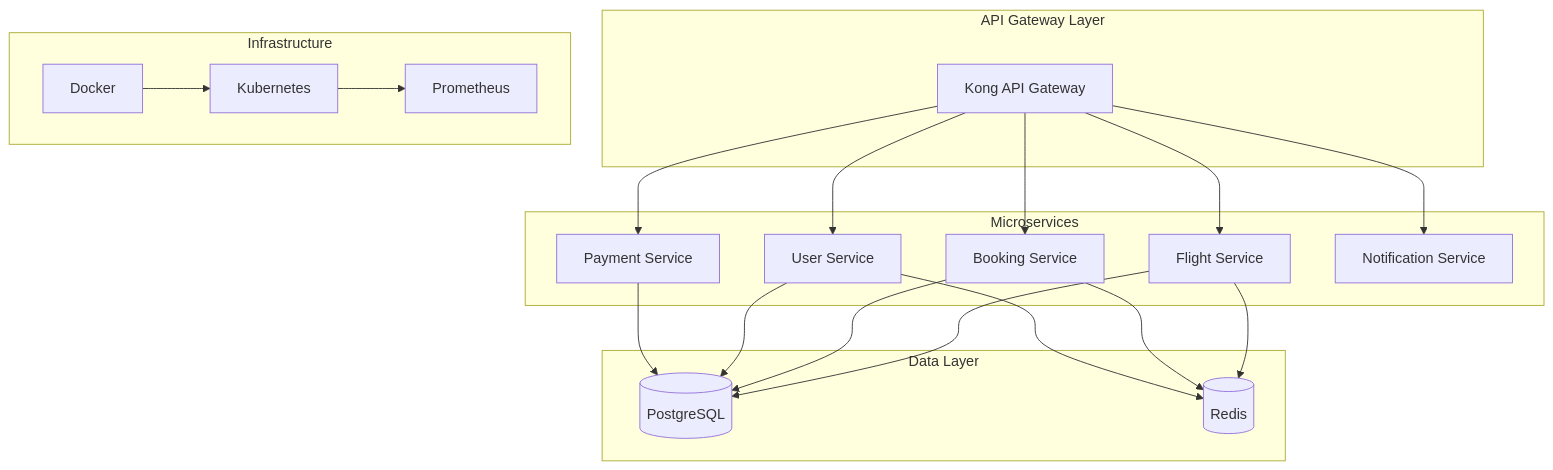
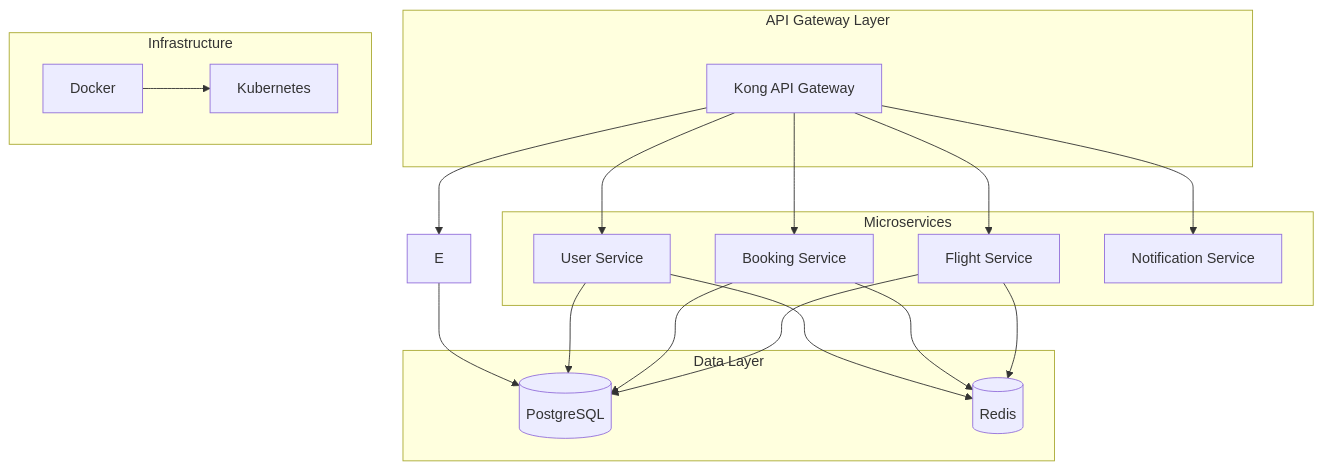
One commit to Vamshi-amudala/vamshi-amudala changed the second of 2 diagrams in README.md. Above: the diagram before and after it, drawn with Mermaid. The commit also changed other lines of this file, not shown here.

````diff
--- a/README.md
+++ b/README.md
@@ -239,28 +228,25 @@
 ```mermaid
 graph TB
     subgraph "API Gateway Layer"
         A[Kong API Gateway]
     end
     subgraph "Microservices"
         B[Flight Service]
         C[Booking Service]
         D[User Service]
-        E[Payment Service]
         F[Notification Service]
     end
     subgraph "Data Layer"
         G[(PostgreSQL)]
         H[(Redis)]
     end
     subgraph "Infrastructure"
         I[Docker]
         J[Kubernetes]
-        K[Prometheus]
     end
     
     A --> B & C & D & E & F
     B & C & D & E --> G
     B & C & D --> H
     I --> J
-    J --> K
 ```
````
